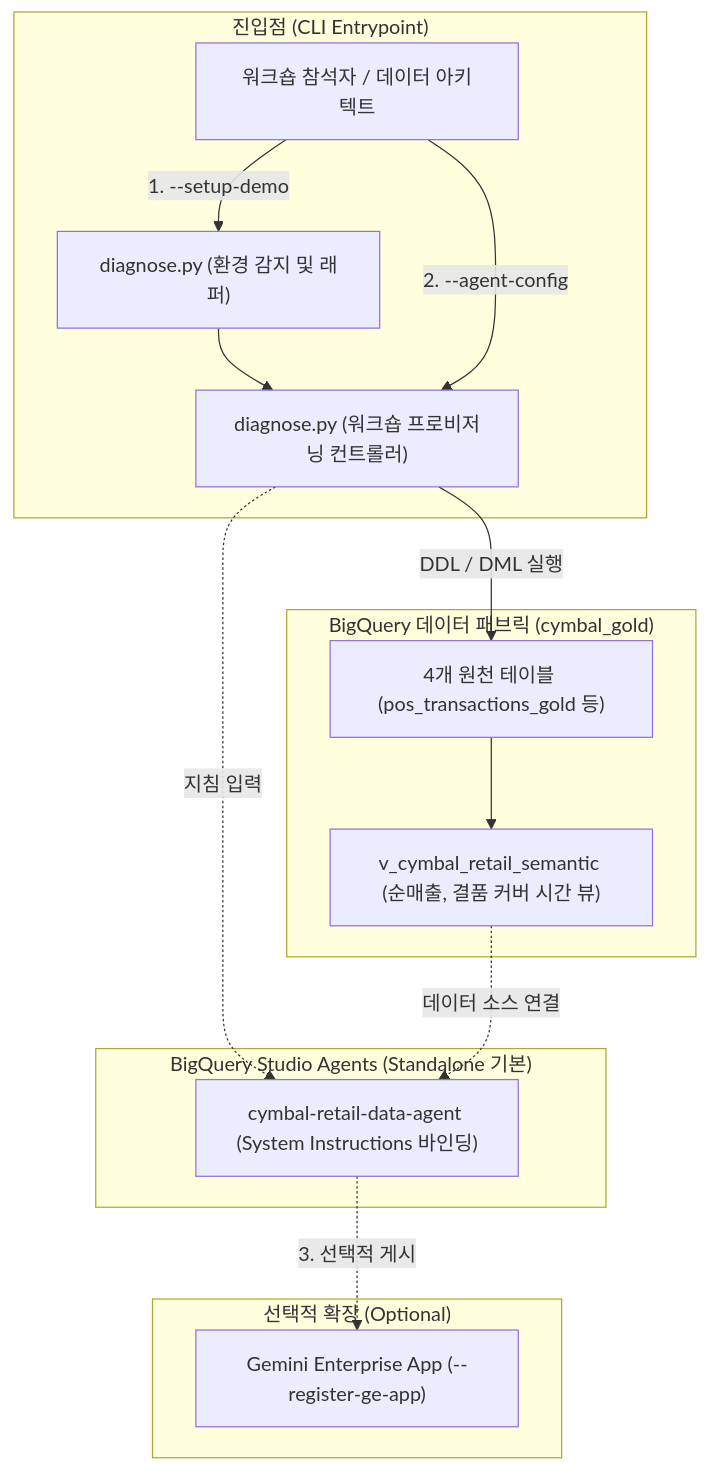
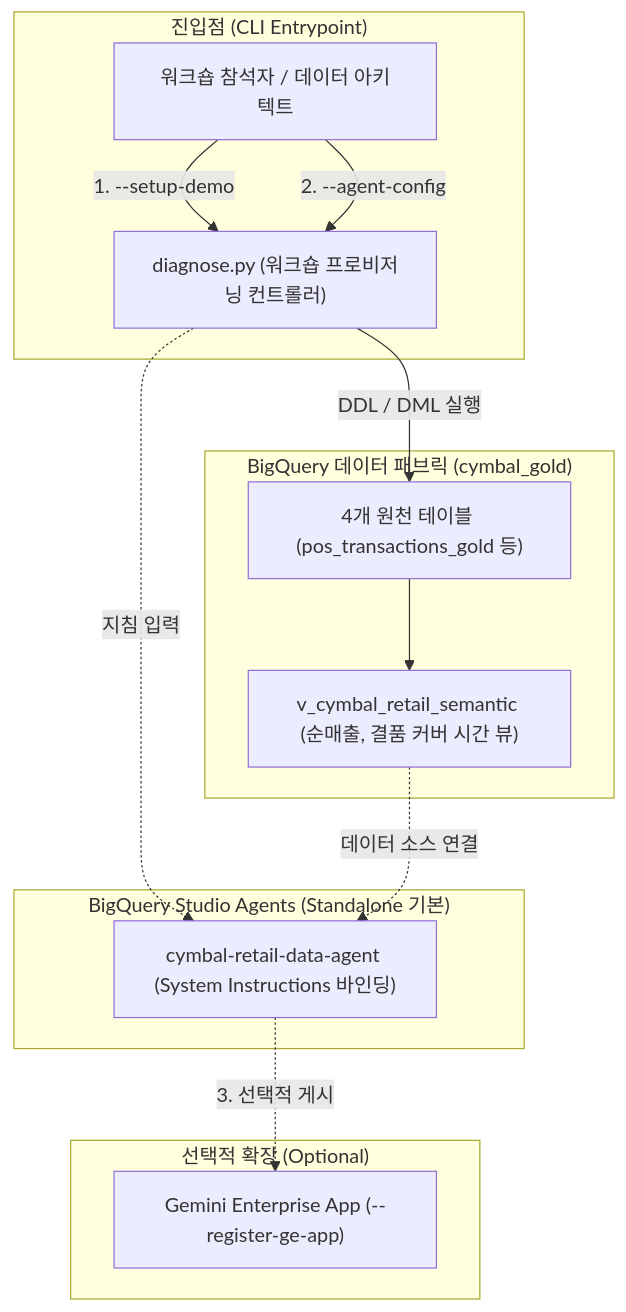
The diagram in samples/bigquery-data-agent-starter/docs/TDD.md (jiangjun-forge/google-cloud-0-to-1), drawn with Mermaid before and after one commit. The commit also changed other lines of this file and 193 other files, not shown here.

````diff
--- a/samples/bigquery-data-agent-starter/docs/TDD.md
+++ b/samples/bigquery-data-agent-starter/docs/TDD.md
@@ -33,30 +33,28 @@
 ```mermaid
 flowchart TD
     subgraph CLI_Entry["진입점 (CLI Entrypoint)"]
         User["워크숍 참석자 / 데이터 아키텍트"]
-        RunSh["diagnose.py (환경 감지 및 래퍼)"]
         DiagnosePy["diagnose.py (워크숍 프로비저닝 컨트롤러)"]
     end
 
     subgraph BigQuery_CymbalGold["BigQuery 데이터 패브릭 (cymbal_gold)"]
         RawTables["4개 원천 테이블 (pos_transactions_gold 등)"]
         SemanticView["v_cymbal_retail_semantic (순매출, 결품 커버 시간 뷰)"]
     end
 
     subgraph Agent_Catalog["BigQuery Studio Agents (Standalone 기본)"]
         BQAgent["cymbal-retail-data-agent (System Instructions 바인딩)"]
     end
 
     subgraph Optional_Extensions["선택적 확장 (Optional)"]
         GEApp["Gemini Enterprise App (--register-ge-app)"]
     end
 
-    User -->|1. --setup-demo| RunSh
-    RunSh --> DiagnosePy
+    User -->|1. --setup-demo| DiagnosePy
     DiagnosePy -->|DDL / DML 실행| RawTables
     RawTables --> SemanticView
     User -->|2. --agent-config| DiagnosePy
     DiagnosePy -.->|지침 입력| BQAgent
     SemanticView -.->|데이터 소스 연결| BQAgent
     BQAgent -.->|3. 선택적 게시| GEApp
 ```
````
